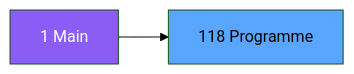
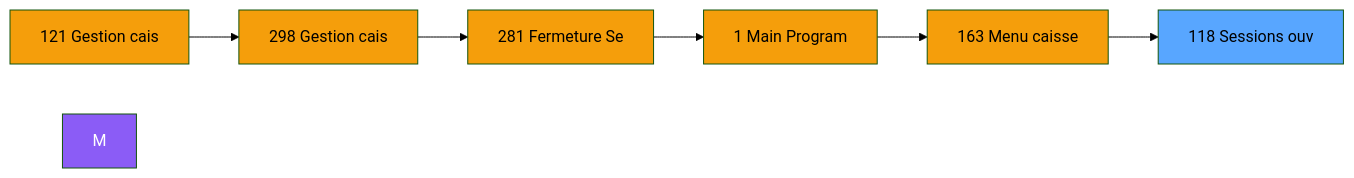
The second of 3 diagrams in .openspec/specs/ADH-IDE-118.md (thonyAGP/magic-migration), drawn with Mermaid (forest theme) before and after one commit. The commit also changed other lines of this file and 323 other files, not shown here.

````diff
--- a/.openspec/specs/ADH-IDE-118.md
+++ b/.openspec/specs/ADH-IDE-118.md
@@ -98,8 +109,21 @@
 ```mermaid
 graph LR
-    M[1 Main]
-    T[118 Programme]
-    M --> T
+    N121[121 Gestion cais]
+    N298[298 Gestion cais]
+    N281[281 Fermeture Se]
+    N1[1 Main Program]
+    N163[163 Menu caisse ]
+    T[118 Sessions ouv]
+    N121 --> N298
+    N298 --> N281
+    N281 --> N1
+    N1 --> N163
+    N163 --> T
     style M fill:#8b5cf6,color:#fff
+    style N121 fill:#f59e0b
+    style N298 fill:#f59e0b
+    style N281 fill:#f59e0b
+    style N1 fill:#f59e0b
+    style N163 fill:#f59e0b
     style T fill:#58a6ff,color:#000
 ```
````
